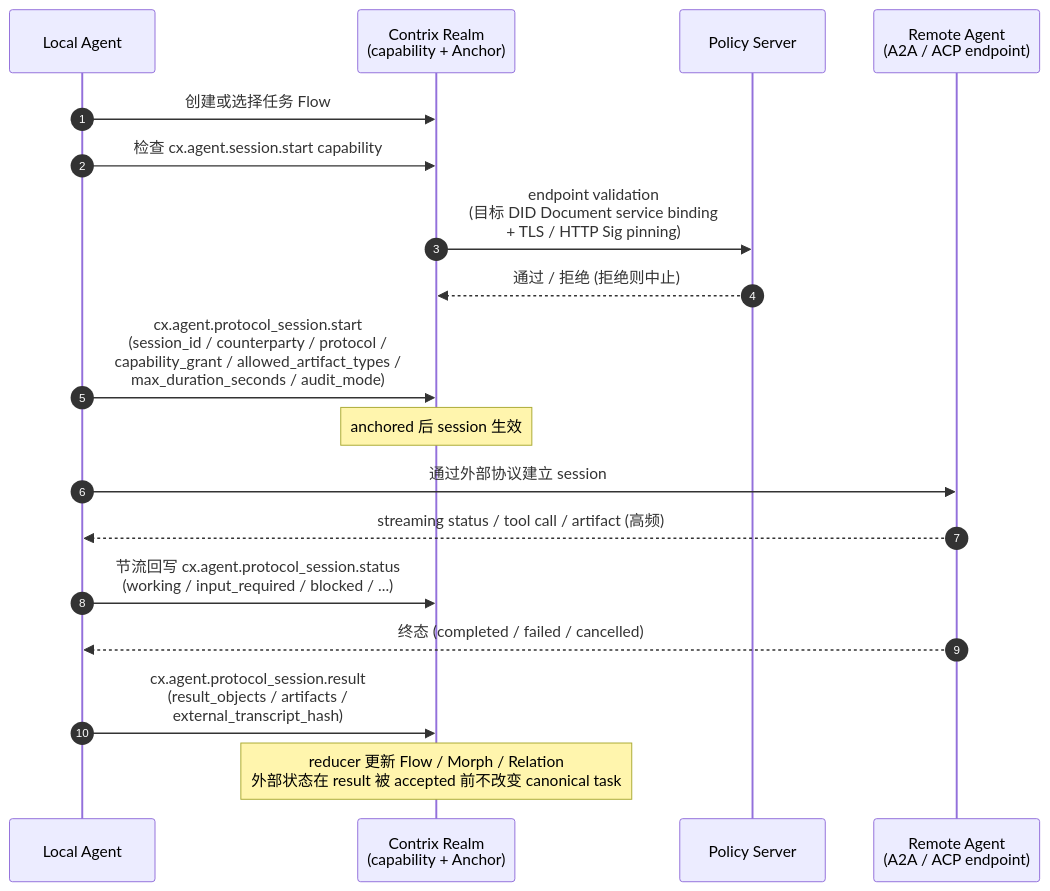
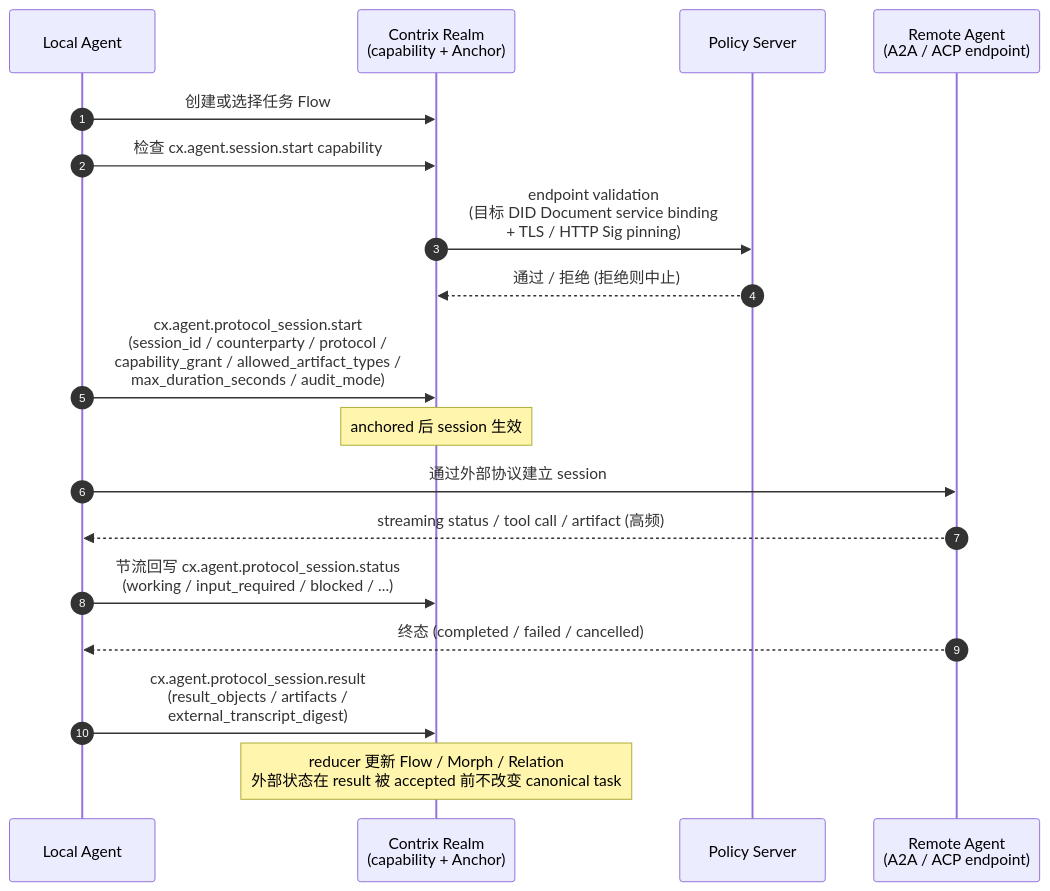
The diagram in spec/v1/zh/extensions/agent-protocol-interop.md (arkret-org/arkret-spec), drawn with Mermaid before and after one commit. The commit also changed other lines of this file and 69 other files, not shown here.

````diff
--- a/spec/v1/zh/extensions/agent-protocol-interop.md
+++ b/spec/v1/zh/extensions/agent-protocol-interop.md
@@ -201,23 +201,23 @@
 ```mermaid
 sequenceDiagram
     autonumber
     participant LocalAg as Local Agent
     participant Cx as Contrix Realm<br>(capability + Anchor)
     participant Pol as Policy Server
     participant Remote as Remote Agent<br>(A2A / ACP endpoint)
 
     LocalAg->>Cx: 创建或选择任务 Flow
     LocalAg->>Cx: 检查 cx.agent.session.start capability
     Cx->>Pol: endpoint validation<br>(目标 DID Document service binding<br> + TLS / HTTP Sig pinning)
     Pol-->>Cx: 通过 / 拒绝 (拒绝则中止)
     LocalAg->>Cx: cx.agent.protocol_session.start<br>(session_id / counterparty / protocol /<br> capability_grant / allowed_artifact_types /<br> max_duration_seconds / audit_mode)
     note over Cx: anchored 后 session 生效
 
     LocalAg->>Remote: 通过外部协议建立 session
     Remote-->>LocalAg: streaming status / tool call / artifact (高频)
     LocalAg->>Cx: 节流回写 cx.agent.protocol_session.status<br>(working / input_required / blocked / ...)
 
     Remote-->>LocalAg: 终态 (completed / failed / cancelled)
-    LocalAg->>Cx: cx.agent.protocol_session.result<br>(result_objects / artifacts /<br> external_transcript_hash)
+    LocalAg->>Cx: cx.agent.protocol_session.result<br>(result_objects / artifacts /<br> external_transcript_digest)
     note over Cx: reducer 更新 Flow / Morph / Relation<br>外部状态在 result 被 accepted 前不改变 canonical task
 ```
````
